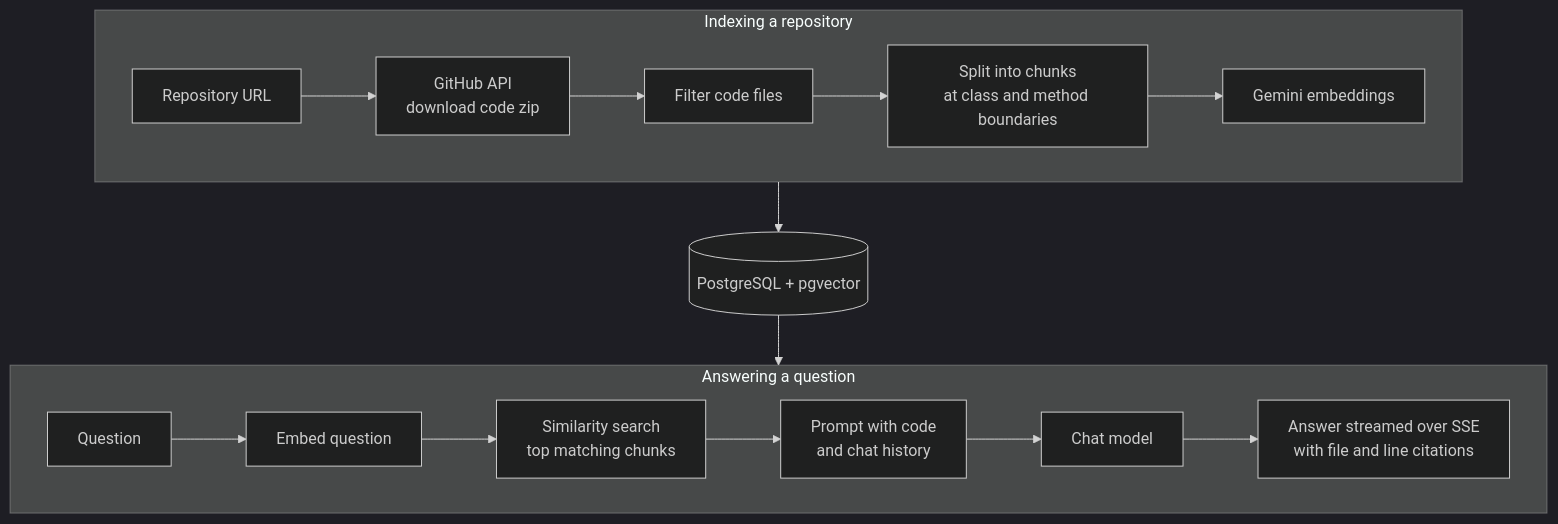
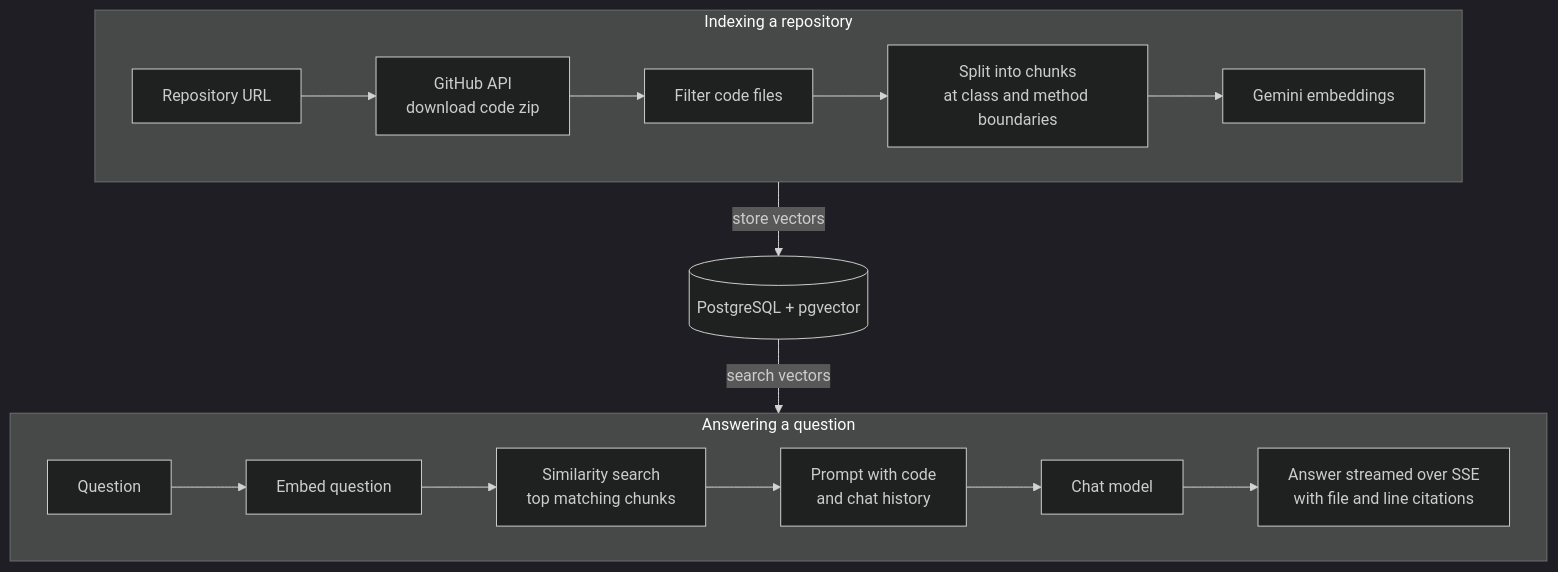
Before and after one commit to Darshan-dev57/devPilot: the diagram in README.md, drawn with Mermaid (dark theme).

Commit message:
Connect the diagram rows through the database

````diff
--- a/README.md
+++ b/README.md
@@ -41,20 +41,20 @@
 ```mermaid
 flowchart TB
   subgraph Indexing["Indexing a repository"]
     direction LR
     A["Repository URL"] --> B["GitHub API<br/>download code zip"]
     B --> C["Filter code files"]
     C --> D["Split into chunks<br/>at class and method boundaries"]
     D --> E["Gemini embeddings"]
   end
   subgraph Question["Answering a question"]
     direction LR
     Q["Question"] --> G["Embed question"]
     G --> H["Similarity search<br/>top matching chunks"]
     H --> I["Prompt with code<br/>and chat history"]
     I --> J["Chat model"]
     J --> K["Answer streamed over SSE<br/>with file and line citations"]
   end
-  E --> F[("PostgreSQL + pgvector")]
-  F --> H
+  Indexing -- "store vectors" --> F[("PostgreSQL + pgvector")]
+  F -- "search vectors" --> Question
 ```
````
